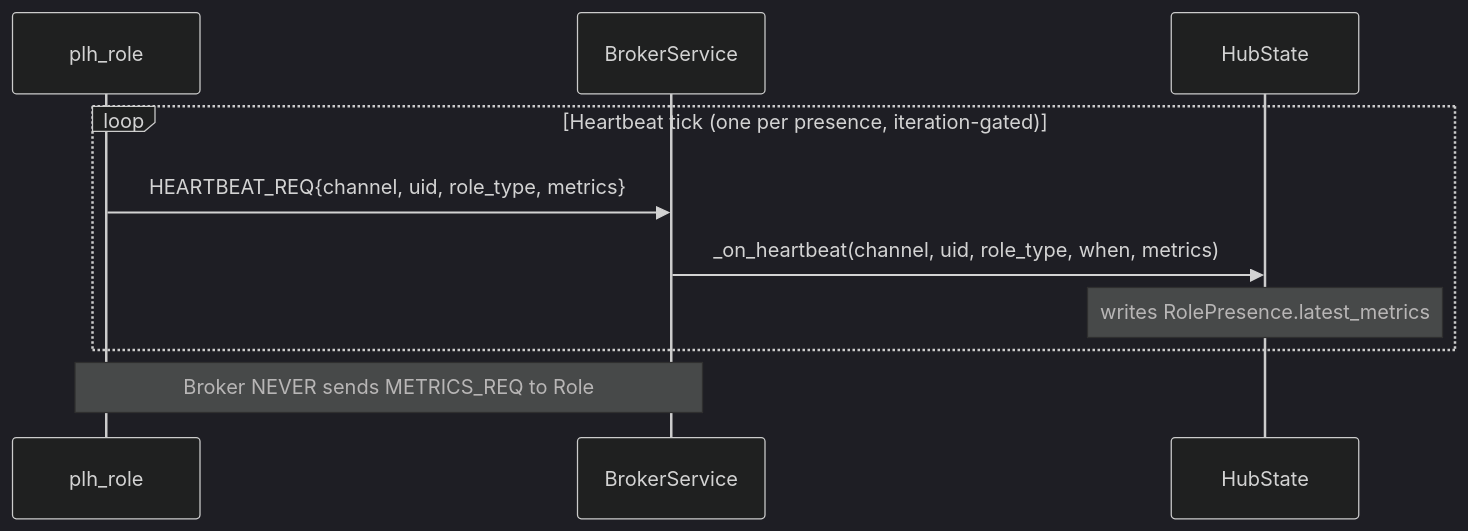
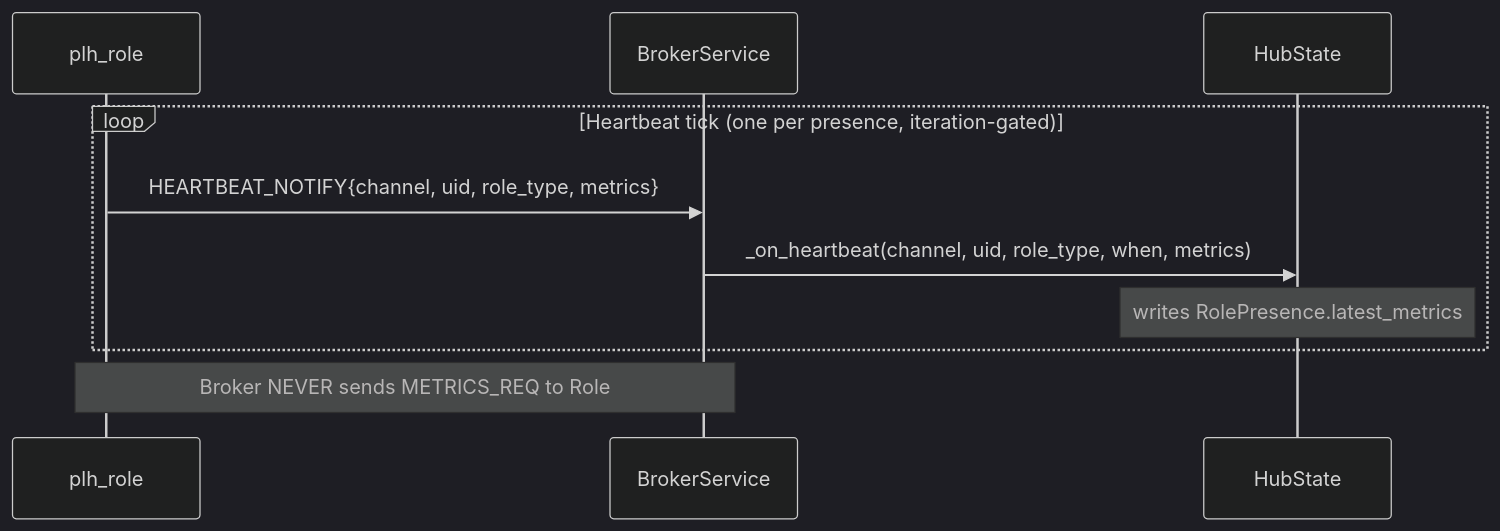
Before and after one commit to Qing-LAB/pylabhub: the fifth of 13 diagrams in docs/HEP/HEP-CORE-0033-Hub-Character.md, drawn with Mermaid (dark theme). The commit also changed other lines of this file and 12 other files, not shown here.

First line of the commit message:
docs: sweep HEARTBEAT_REQ and BAND_BROADCAST_REQ residual names to match code

````diff
--- a/docs/HEP/HEP-CORE-0033-Hub-Character.md
+++ b/docs/HEP/HEP-CORE-0033-Hub-Character.md
@@ -1468,14 +1468,14 @@
 ```mermaid
 sequenceDiagram
     participant Role as plh_role
     participant Broker as BrokerService
     participant State as HubState
 
     loop Heartbeat tick (one per presence, iteration-gated)
-        Role->>Broker: HEARTBEAT_REQ{channel, uid, role_type, metrics}
+        Role->>Broker: HEARTBEAT_NOTIFY{channel, uid, role_type, metrics}
         Broker->>State: _on_heartbeat(channel, uid, role_type, when, metrics)
         Note over State: writes RolePresence.latest_metrics
     end
 
     Note over Broker,Role: Broker NEVER sends METRICS_REQ to Role
 ```
````
